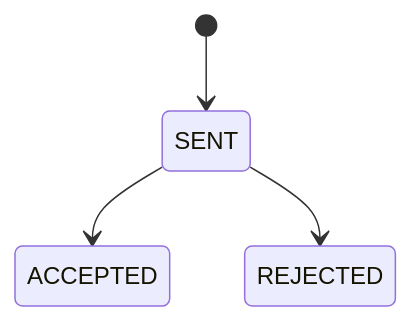
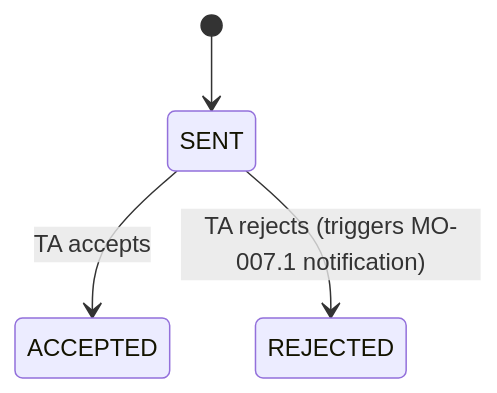
The seventh of 8 diagrams in docs/Project-Architecture-and-RunLogic.md (Jane-qm/EBU6304-Group85-TA-Recruitment), drawn with Mermaid before and after one commit. The commit also changed other lines of this file and 1 other file, not shown here.

````diff
--- a/docs/Project-Architecture-and-RunLogic.md
+++ b/docs/Project-Architecture-and-RunLogic.md
@@ -238,6 +435,6 @@
 ```mermaid
 stateDiagram-v2
     [*] --> SENT
-    SENT --> ACCEPTED
-    SENT --> REJECTED
+    SENT --> ACCEPTED : TA accepts
+    SENT --> REJECTED : TA rejects (triggers MO-007.1 notification)
 ```
````
